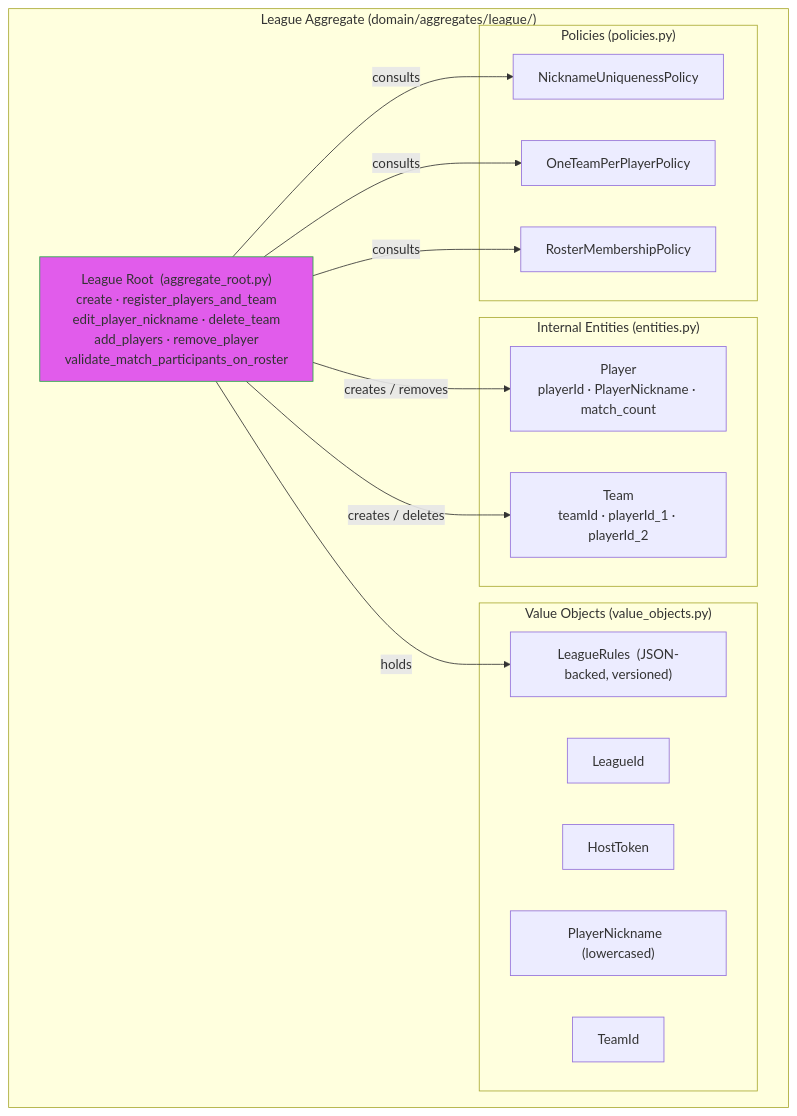
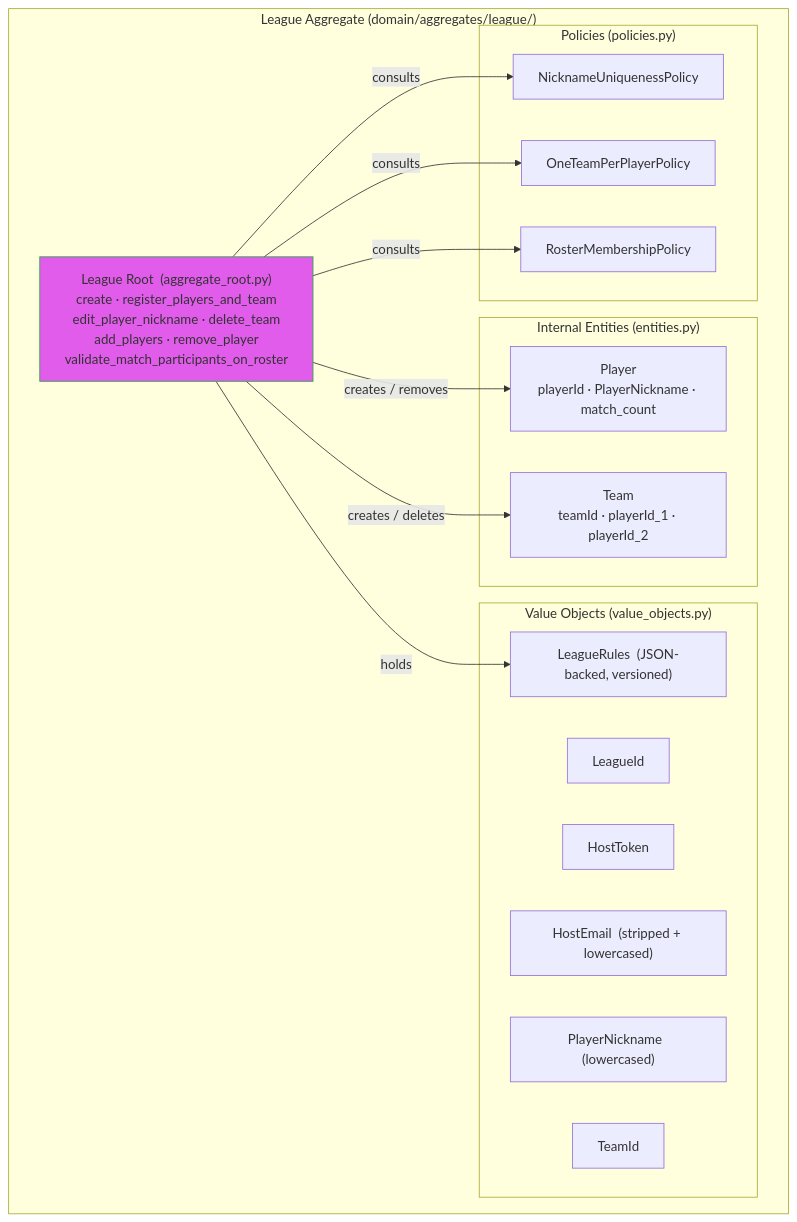
One commit to swjeong0825/TLMB_backend_main changed the diagram in Design_Doc/TLMB_Design_doc/05_aggregate_designs/league.md. Above: the diagram before and after it, drawn with Mermaid. The commit also changed other lines of this file and 42 other files, not shown here.

Commit message:
add host email to league

````diff
--- a/Design_Doc/TLMB_Design_doc/05_aggregate_designs/league.md
+++ b/Design_Doc/TLMB_Design_doc/05_aggregate_designs/league.md
@@ -5,34 +5,35 @@
 ```mermaid
 flowchart TD
     subgraph LEAGUE ["League Aggregate  (domain/aggregates/league/)"]
         ROOT["League Root  (aggregate_root.py)\ncreate · register_players_and_team\nedit_player_nickname · delete_team\nadd_players · remove_player\nvalidate_match_participants_on_roster"]
 
         subgraph ENT ["Internal Entities  (entities.py)"]
             PE["Player\nplayerId · PlayerNickname · match_count"]
             TE["Team\nteamId · playerId_1 · playerId_2"]
         end
 
         subgraph VOS ["Value Objects  (value_objects.py)"]
             LI["LeagueId"]
             HT["HostToken"]
+            HE["HostEmail  (stripped + lowercased)"]
             PN["PlayerNickname  (lowercased)"]
             TI["TeamId"]
             LR["LeagueRules  (JSON-backed, versioned)"]
         end
 
         subgraph POL ["Policies  (policies.py)"]
             NUP["NicknameUniquenessPolicy"]
             OTP["OneTeamPerPlayerPolicy"]
             RMP["RosterMembershipPolicy"]
         end
     end
 
     ROOT -->|"creates / removes"| PE
     ROOT -->|"creates / deletes"| TE
     ROOT -->|"holds"| LR
     ROOT -->|"consults"| NUP
     ROOT -->|"consults"| OTP
     ROOT -->|"consults"| RMP
 
     style ROOT fill:#d4ed,stroke:#28a745
 ```
````
